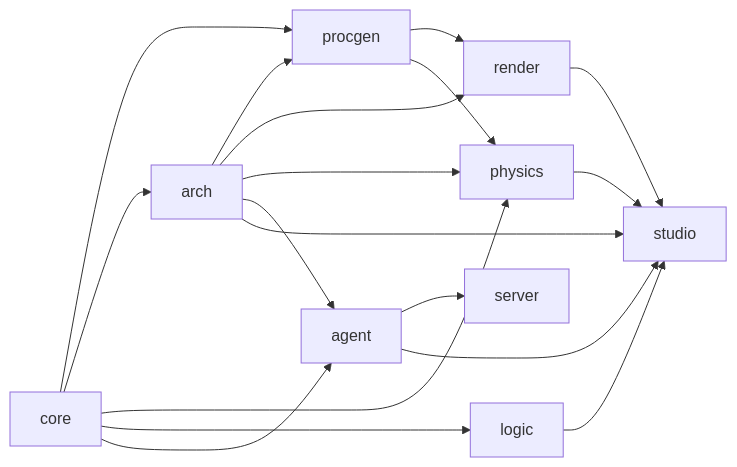
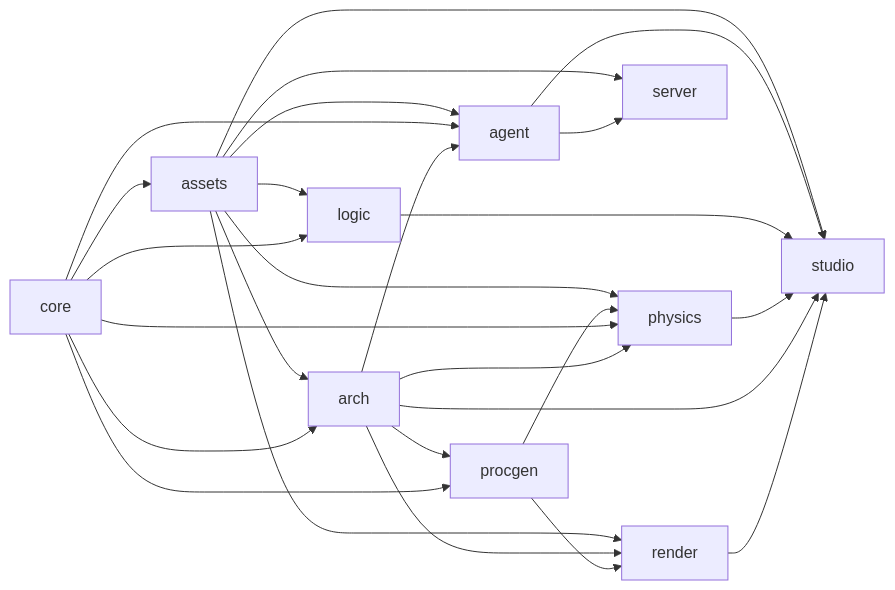
One commit to StarAtNyte/aether changed the first of 2 diagrams in docs/ARCHITECTURE.md. Above: the diagram before and after it, drawn with Mermaid. The commit also changed other lines of this file and 14 other files, not shown here.

First line of the commit message:
wip: checkpoint of parallel build progress (docs,README.md,render,server,studio)

````diff
--- a/docs/ARCHITECTURE.md
+++ b/docs/ARCHITECTURE.md
@@ -66,14 +67,22 @@
 ```mermaid
 flowchart LR
     core --> procgen --> render --> studio
     core --> arch --> procgen
     arch --> render
     arch --> physics
     arch --> agent
     arch --> studio
     core --> physics --> studio
     procgen --> physics
     core --> logic --> studio
     core --> agent --> server
     agent --> studio
+    core --> assets
+    assets --> render
+    assets --> physics
+    assets --> logic
+    assets --> arch
+    assets --> agent
+    assets --> server
+    assets --> studio
 ```
````
